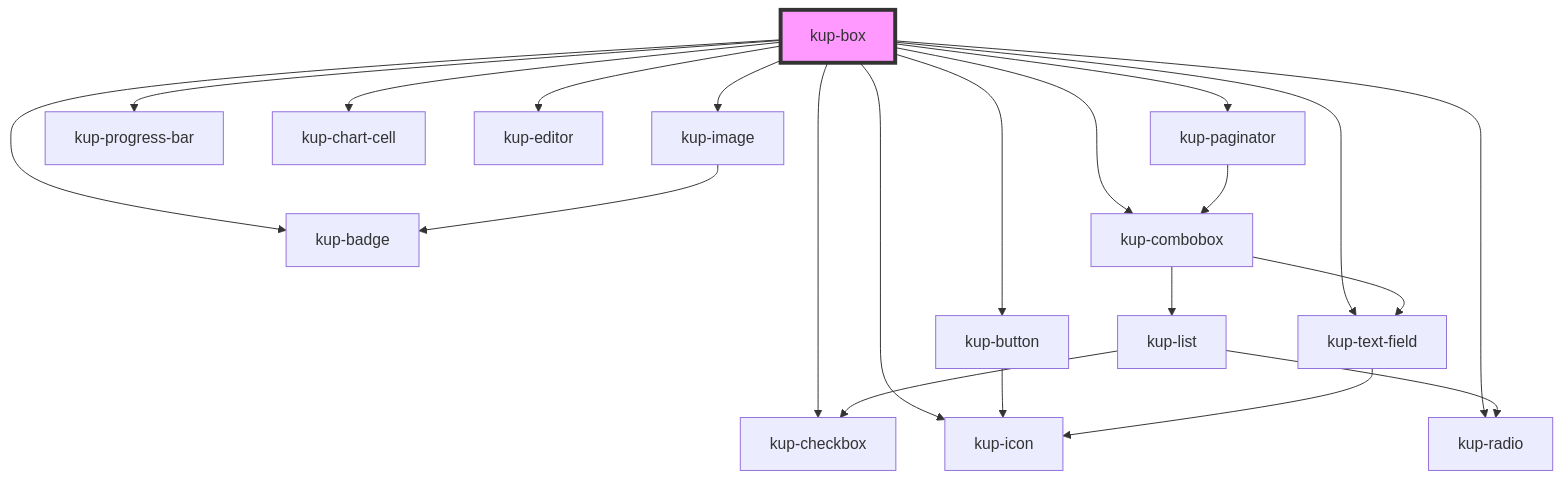
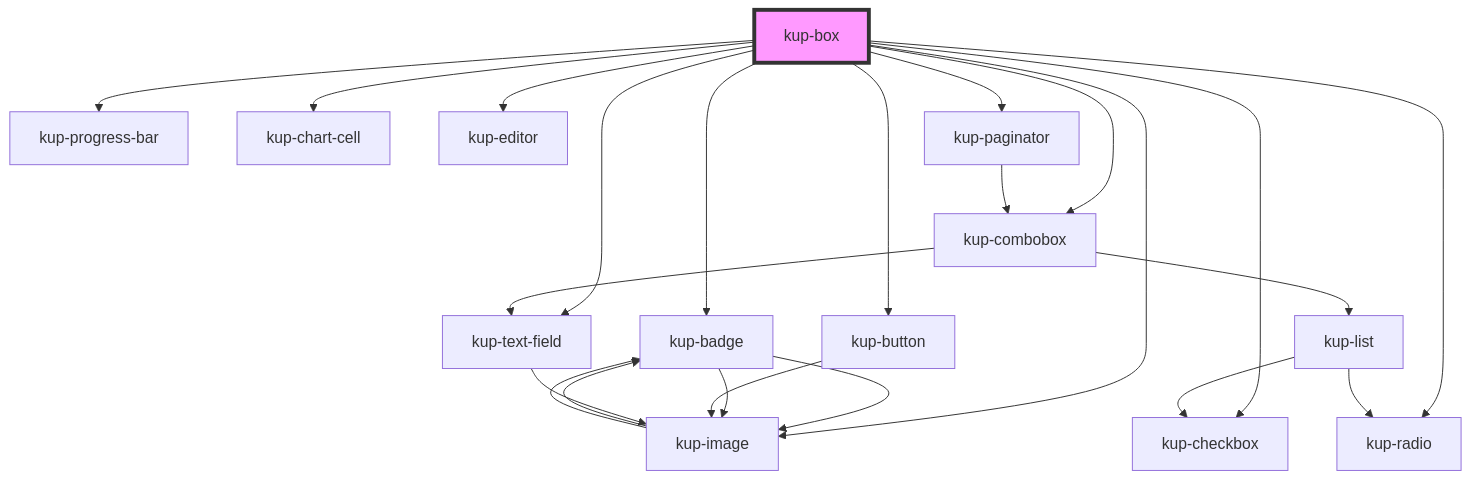
One commit to smeup/ketchup changed the diagram in packages/ketchup/src/components/kup-box/readme.md. Above: the diagram before and after it, drawn with Mermaid. The commit also changed other lines of this file and 58 other files, not shown here.

Commit message:
Renamed kup-icon to kup-image.

````diff
--- a/packages/ketchup/src/components/kup-box/readme.md
+++ b/packages/ketchup/src/components/kup-box/readme.md
@@ -97,24 +96,26 @@
 ```mermaid
 graph TD;
   kup-box --> kup-checkbox
   kup-box --> kup-badge
-  kup-box --> kup-image
   kup-box --> kup-button
   kup-box --> kup-radio
   kup-box --> kup-text-field
   kup-box --> kup-progress-bar
   kup-box --> kup-chart-cell
-  kup-box --> kup-icon
+  kup-box --> kup-image
   kup-box --> kup-editor
   kup-box --> kup-combobox
   kup-box --> kup-paginator
+  kup-badge --> kup-image
+  kup-badge --> kup-image
   kup-image --> kup-badge
-  kup-button --> kup-icon
-  kup-text-field --> kup-icon
+  kup-image --> kup-badge
+  kup-button --> kup-image
+  kup-text-field --> kup-image
   kup-combobox --> kup-text-field
   kup-combobox --> kup-list
   kup-list --> kup-radio
   kup-list --> kup-checkbox
   kup-paginator --> kup-combobox
   style kup-box fill:#f9f,stroke:#333,stroke-width:4px
 ```
````
